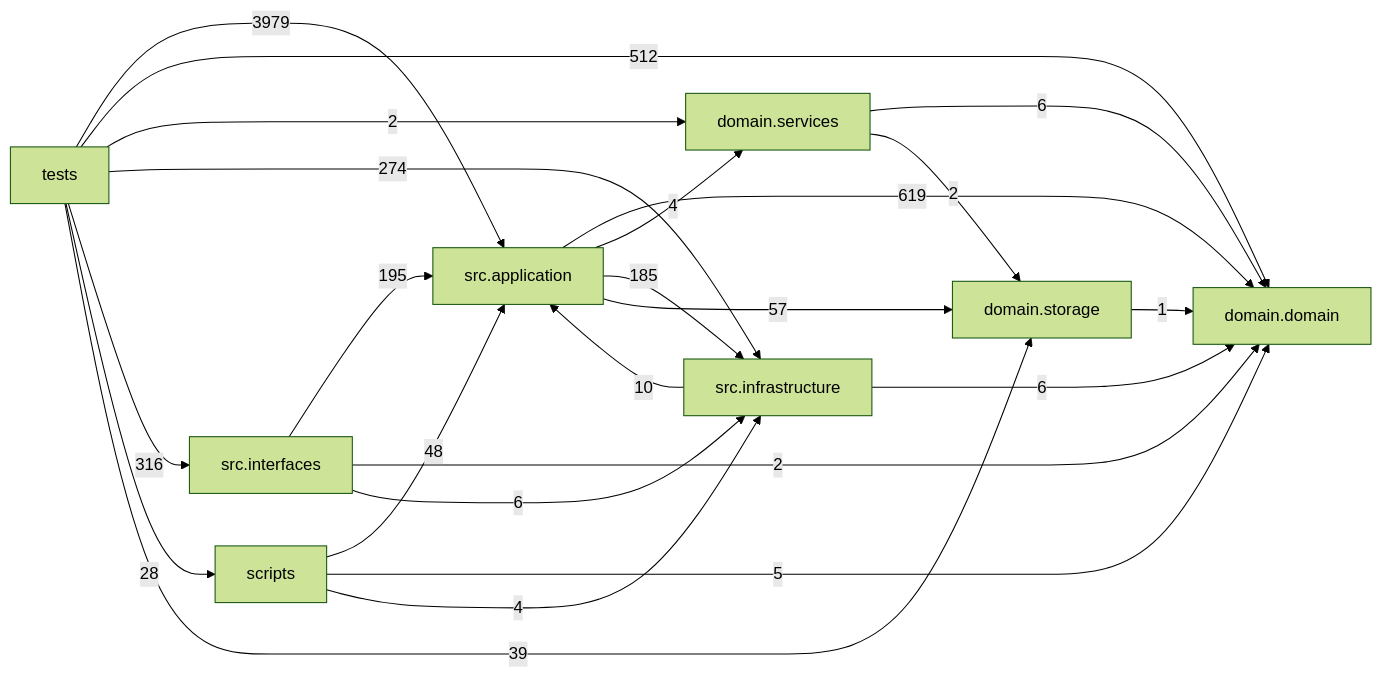
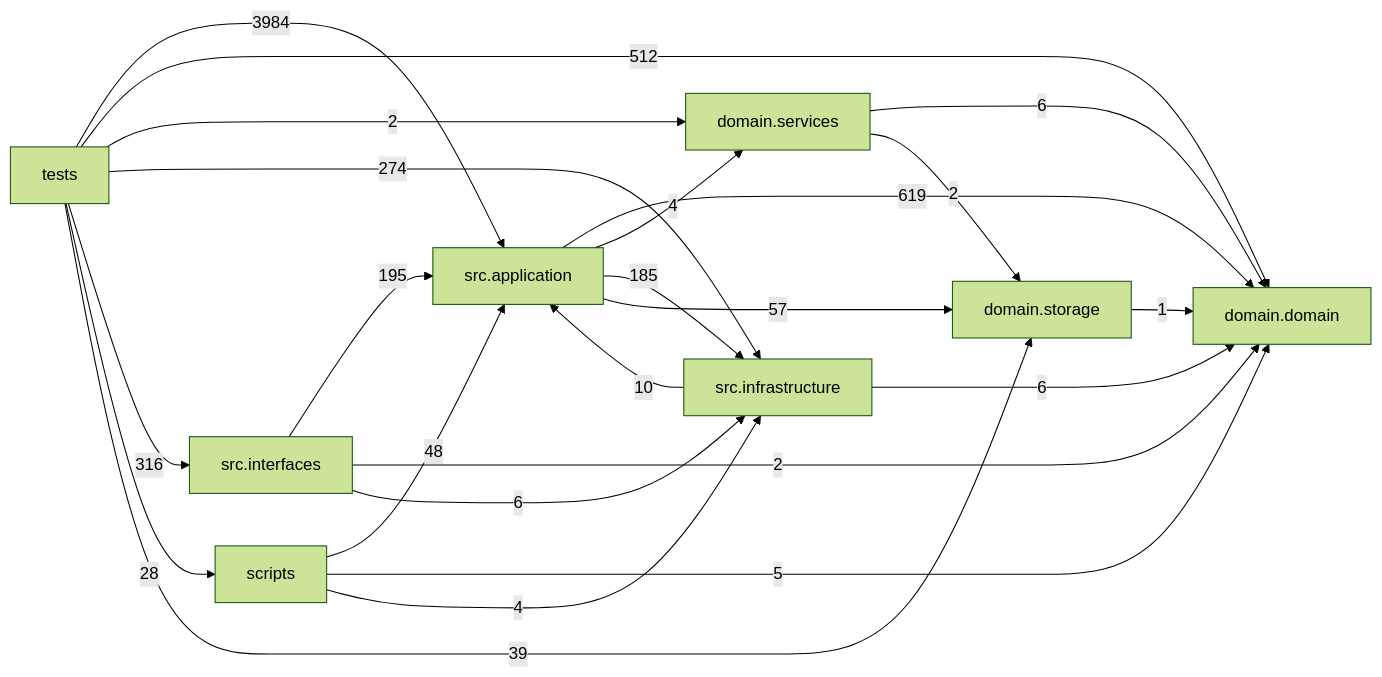
The diagram in docs/DEPENDENCY_GRAPH.md (liuxie066/options-monitor), drawn with Mermaid (forest theme) before and after one commit. The commit also changed other lines of this file and 6 other files, not shown here.

````diff
--- a/docs/DEPENDENCY_GRAPH.md
+++ b/docs/DEPENDENCY_GRAPH.md
@@ -24,33 +24,33 @@
 ```mermaid
 flowchart LR
   tests["tests"]
   scripts["scripts"]
   interfaces["src.interfaces"]
   application["src.application"]
   infrastructure["src.infrastructure"]
   domain_services["domain.services"]
   domain["domain.domain"]
   storage["domain.storage"]
   application -->|619| domain
   application -->|4| domain_services
   application -->|185| infrastructure
   application -->|57| storage
   domain_services -->|6| domain
   domain_services -->|2| storage
   infrastructure -->|10| application
   infrastructure -->|6| domain
   interfaces -->|195| application
   interfaces -->|2| domain
   interfaces -->|6| infrastructure
   scripts -->|48| application
   scripts -->|5| domain
   scripts -->|4| infrastructure
   storage -->|1| domain
-  tests -->|3979| application
+  tests -->|3984| application
   tests -->|512| domain
   tests -->|2| domain_services
   tests -->|274| infrastructure
   tests -->|316| interfaces
   tests -->|28| scripts
   tests -->|39| storage
 ```
````
